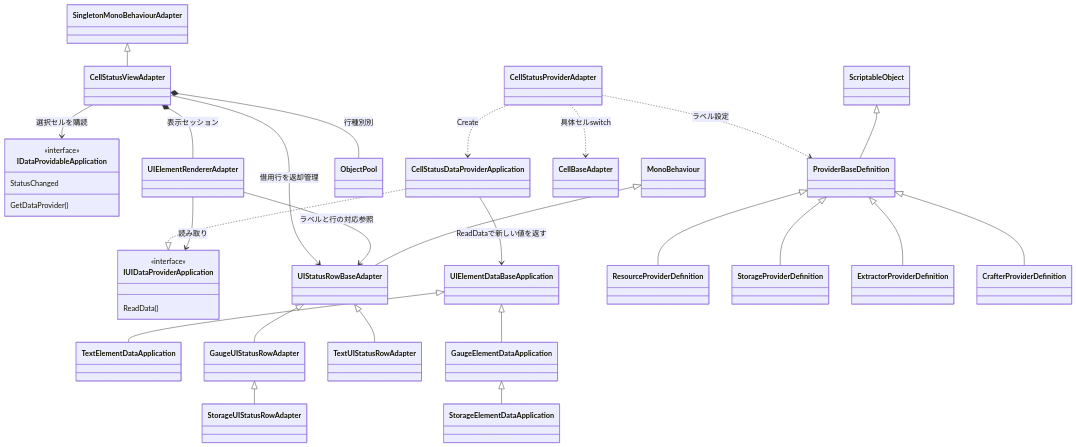
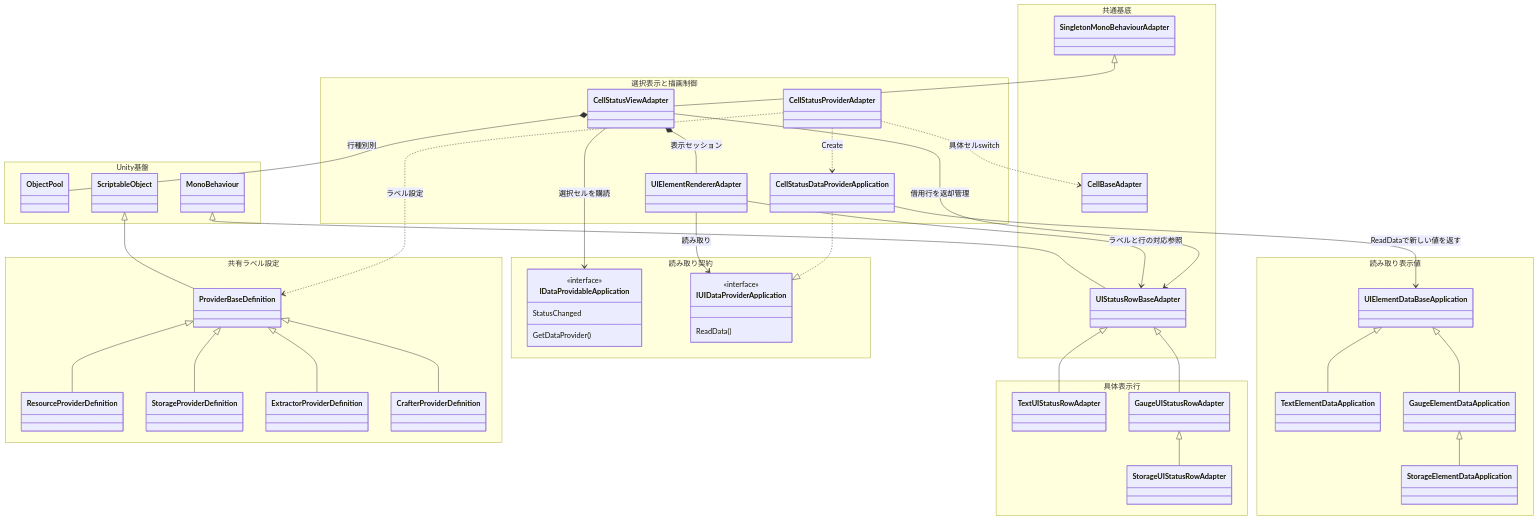
The first of 2 diagrams in docs/design/architecture-ui-events.md (AoiTomiyama/FactoryGame), drawn with Mermaid before and after one commit. The commit also changed other lines of this file and 5 other files, not shown here.

Commit message:
[docs] 全設計図へ役割別配色と責務分類を展開

````diff
--- a/docs/design/architecture-ui-events.md
+++ b/docs/design/architecture-ui-events.md
@@ -10,36 +10,72 @@
 ```mermaid
 classDiagram
+ namespace 共通基底 {
+ class SingletonMonoBehaviourAdapter
+ class UIStatusRowBaseAdapter
+ class CellBaseAdapter
+ }
+ namespace 読み取り契約 {
  class IDataProvidableApplication {
   <<interface>>
   GetDataProvider()
   StatusChanged
  }
  class IUIDataProviderApplication {
   <<interface>>
   ReadData()
+ }
+ }
+ namespace 選択表示と描画制御 {
+ class CellStatusDataProviderApplication
+ class CellStatusViewAdapter
+ class UIElementRendererAdapter
+ class CellStatusProviderAdapter
+ }
+ namespace 共有ラベル設定 {
+ class ProviderBaseDefinition
+ class ResourceProviderDefinition
+ class StorageProviderDefinition
+ class ExtractorProviderDefinition
+ class CrafterProviderDefinition
+ }
+ namespace 読み取り表示値 {
+ class UIElementDataBaseApplication
+ class TextElementDataApplication
+ class GaugeElementDataApplication
+ class StorageElementDataApplication
+ }
+ namespace 具体表示行 {
+ class TextUIStatusRowAdapter
+ class GaugeUIStatusRowAdapter
+ class StorageUIStatusRowAdapter
+ }
+ namespace Unity基盤 {
+ class ObjectPool
+ class ScriptableObject
+ class MonoBehaviour
  }
  CellStatusDataProviderApplication ..|> IUIDataProviderApplication
  SingletonMonoBehaviourAdapter <|-- CellStatusViewAdapter
  CellStatusViewAdapter --> IDataProvidableApplication : 選択セルを購読
  CellStatusViewAdapter *-- UIElementRendererAdapter : 表示セッション
  CellStatusViewAdapter *-- ObjectPool : 行種別別
  CellStatusViewAdapter --> UIStatusRowBaseAdapter : 借用行を返却管理
  UIElementRendererAdapter --> IUIDataProviderApplication : 読み取り
  UIElementRendererAdapter --> UIStatusRowBaseAdapter : ラベルと行の対応参照
  CellStatusProviderAdapter ..> CellStatusDataProviderApplication : Create
  CellStatusProviderAdapter ..> ProviderBaseDefinition : ラベル設定
  CellStatusProviderAdapter ..> CellBaseAdapter : 具体セルswitch
  CellStatusDataProviderApplication --> UIElementDataBaseApplication : ReadDataで新しい値を返す
  ScriptableObject <|-- ProviderBaseDefinition
  ProviderBaseDefinition <|-- ResourceProviderDefinition
  ProviderBaseDefinition <|-- StorageProviderDefinition
  ProviderBaseDefinition <|-- ExtractorProviderDefinition
  ProviderBaseDefinition <|-- CrafterProviderDefinition
  UIElementDataBaseApplication <|-- TextElementDataApplication
  UIElementDataBaseApplication <|-- GaugeElementDataApplication
  GaugeElementDataApplication <|-- StorageElementDataApplication
  MonoBehaviour <|-- UIStatusRowBaseAdapter
  UIStatusRowBaseAdapter <|-- TextUIStatusRowAdapter
  UIStatusRowBaseAdapter <|-- GaugeUIStatusRowAdapter
  GaugeUIStatusRowAdapter <|-- StorageUIStatusRowAdapter
 ```
````
